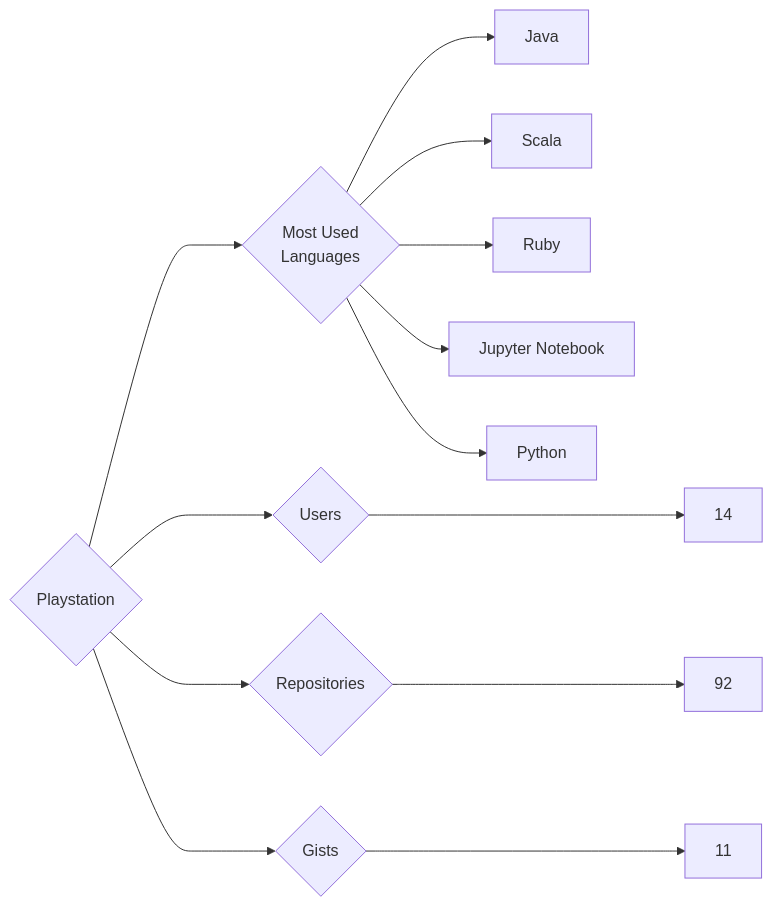
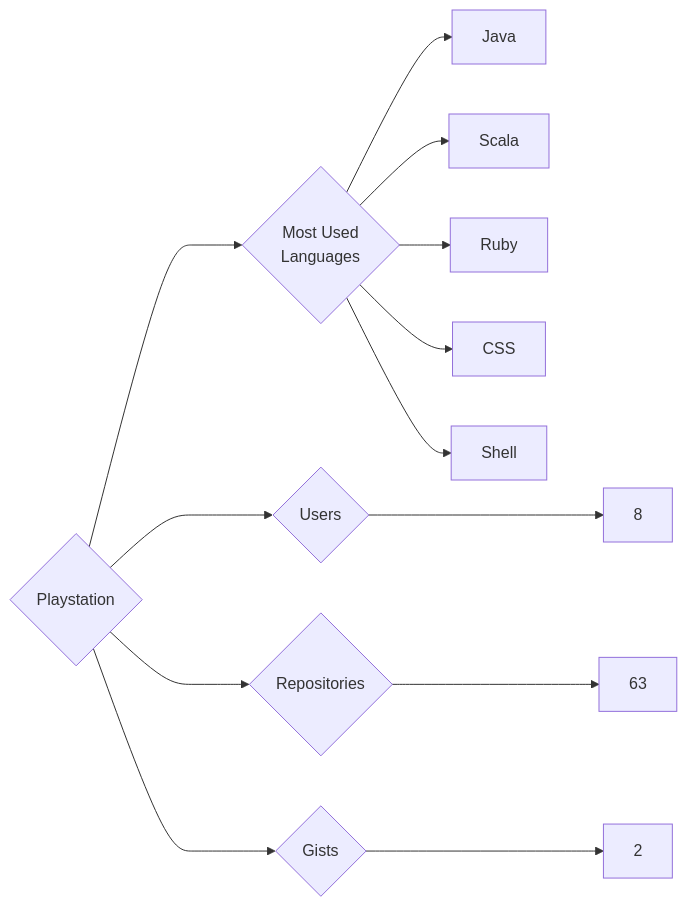
The diagram in targets/Playstation/README.md (trickest/insiders), drawn with Mermaid before and after one commit. The commit also changed 814 other files, not shown here.

````diff
--- a/targets/Playstation/README.md
+++ b/targets/Playstation/README.md
@@ -3,13 +3,13 @@
 ```mermaid
 graph LR
 COMPANY_NAME{Playstation}
-COMPANY_NAME ---> U{Users} ---> UN[14]
-COMPANY_NAME ---> R{Repositories} ---> RN[92]
-COMPANY_NAME ---> G{Gists} ---> GN[11]
+COMPANY_NAME ---> U{Users} ---> UN[8]
+COMPANY_NAME ---> R{Repositories} ---> RN[63]
+COMPANY_NAME ---> G{Gists} ---> GN[2]
 COMPANY_NAME ---> ML{Most Used<br>Languages}
 ML --> Java[Java]
 ML --> Scala[Scala]
 ML --> Ruby[Ruby]
-ML --> Jupyter_Notebook[Jupyter Notebook]
-ML --> Python[Python]
+ML --> CSS[CSS]
+ML --> Shell[Shell]
 ```
````
